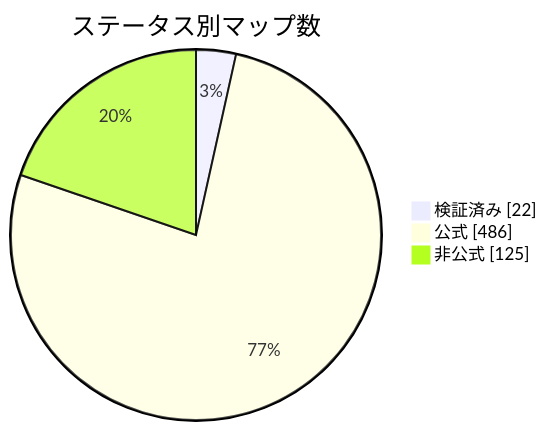
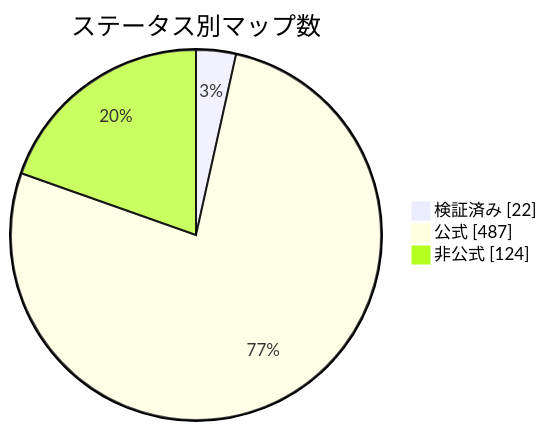
One commit to nobrega8/mbmap-library changed the diagram in docs/readme/README_JP.md. Above: the diagram before and after it, drawn with Mermaid. The commit also changed 6 other files, not shown here.

````diff
--- a/docs/readme/README_JP.md
+++ b/docs/readme/README_JP.md
@@ -54,7 +54,7 @@
 ```mermaid
 pie showData
     title ステータス別マップ数
     "検証済み" : 22
-    "公式" : 486
-    "非公式" : 125
+    "公式" : 487
+    "非公式" : 124
 ```
````
